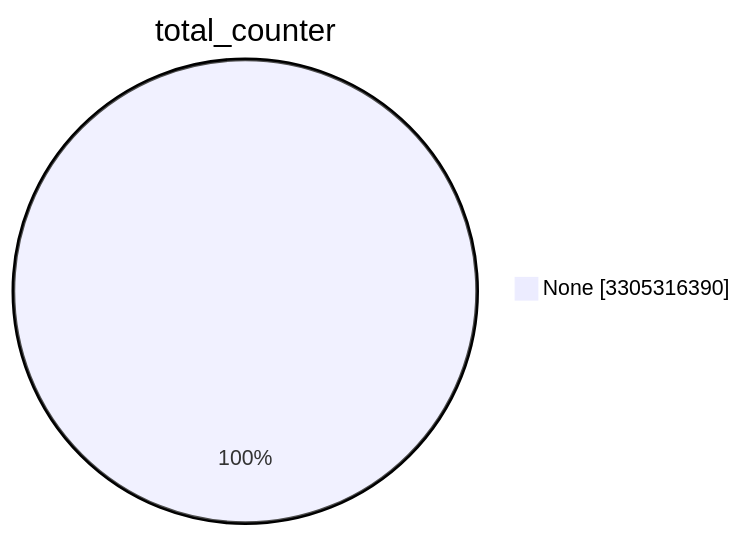
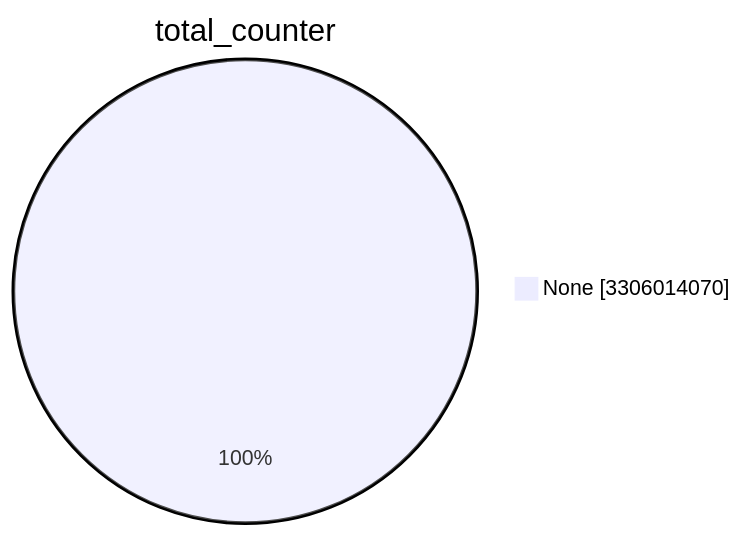
The first of 15 diagrams in TOTAL/README.md (christiankrug/ctmonitor_visualization), drawn with Mermaid before and after one commit. The commit also changed other lines of this file, not shown here.

````diff
--- a/TOTAL/README.md
+++ b/TOTAL/README.md
@@ -1,5 +1,5 @@
 ```mermaid
 pie showData
 title total_counter
-"None" :3305316390
+"None" :3306014070
 ```
````
